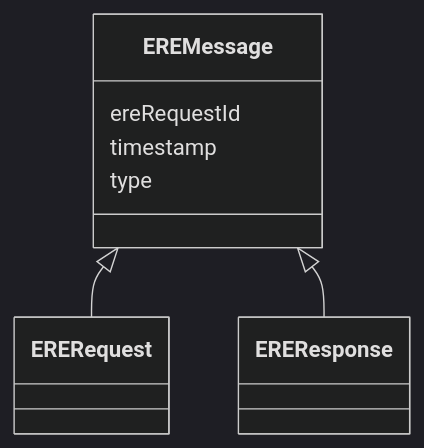
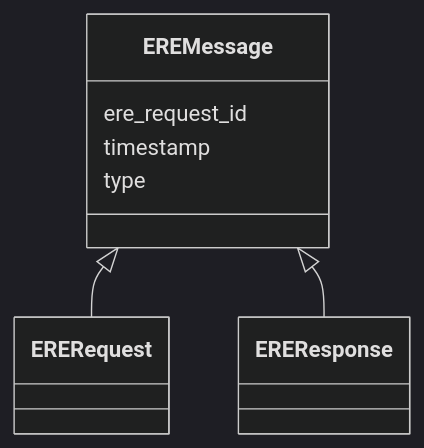
Before and after one commit to OP-TED/entity-resolution-spec: the diagram in docs/schema/EREMessage.md, drawn with Mermaid (dark theme). The commit also changed other lines of this file and 88 other files, not shown here.

````diff
--- a/docs/schema/EREMessage.md
+++ b/docs/schema/EREMessage.md
@@ -24,17 +24,17 @@
 ```mermaid
  classDiagram
     class EREMessage
     click EREMessage href "../EREMessage/"
       EREMessage <|-- ERERequest
         click ERERequest href "../ERERequest/"
       EREMessage <|-- EREResponse
         click EREResponse href "../EREResponse/"
       
-      EREMessage : ereRequestId
+      EREMessage : ere_request_id
         
       EREMessage : timestamp
         
       EREMessage : type
         
       
 ```
````
